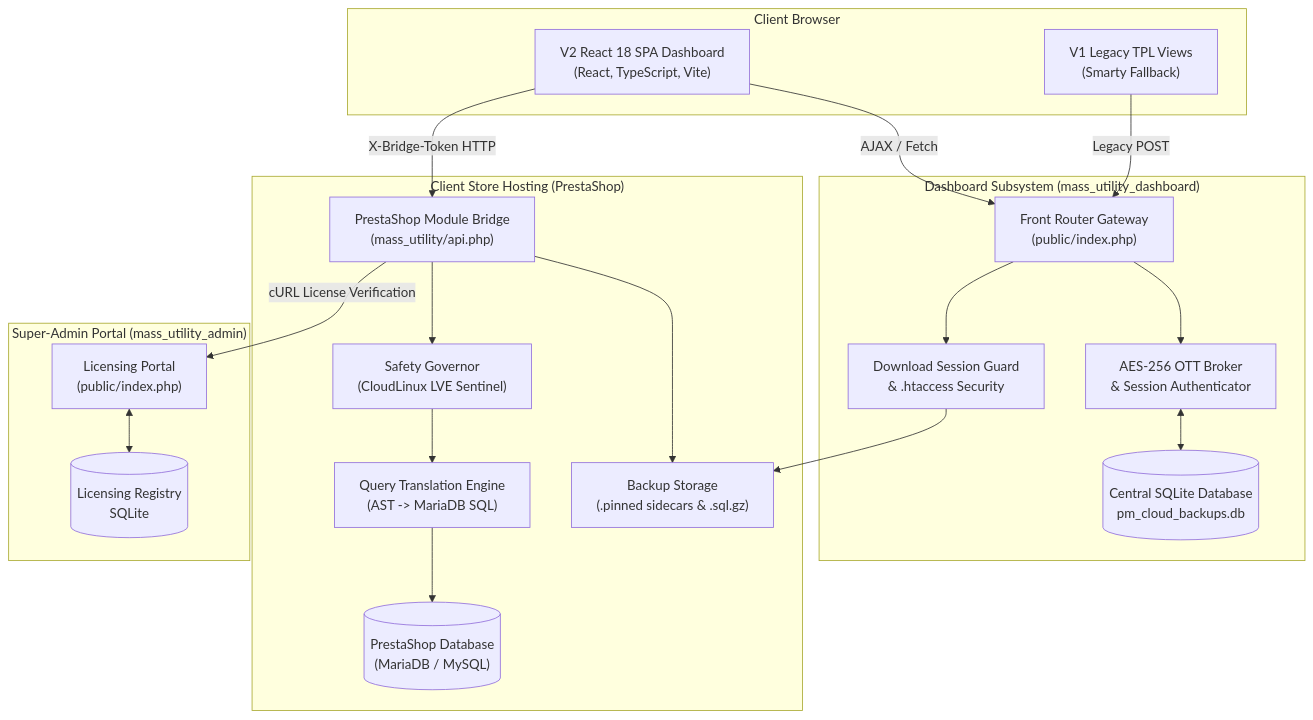
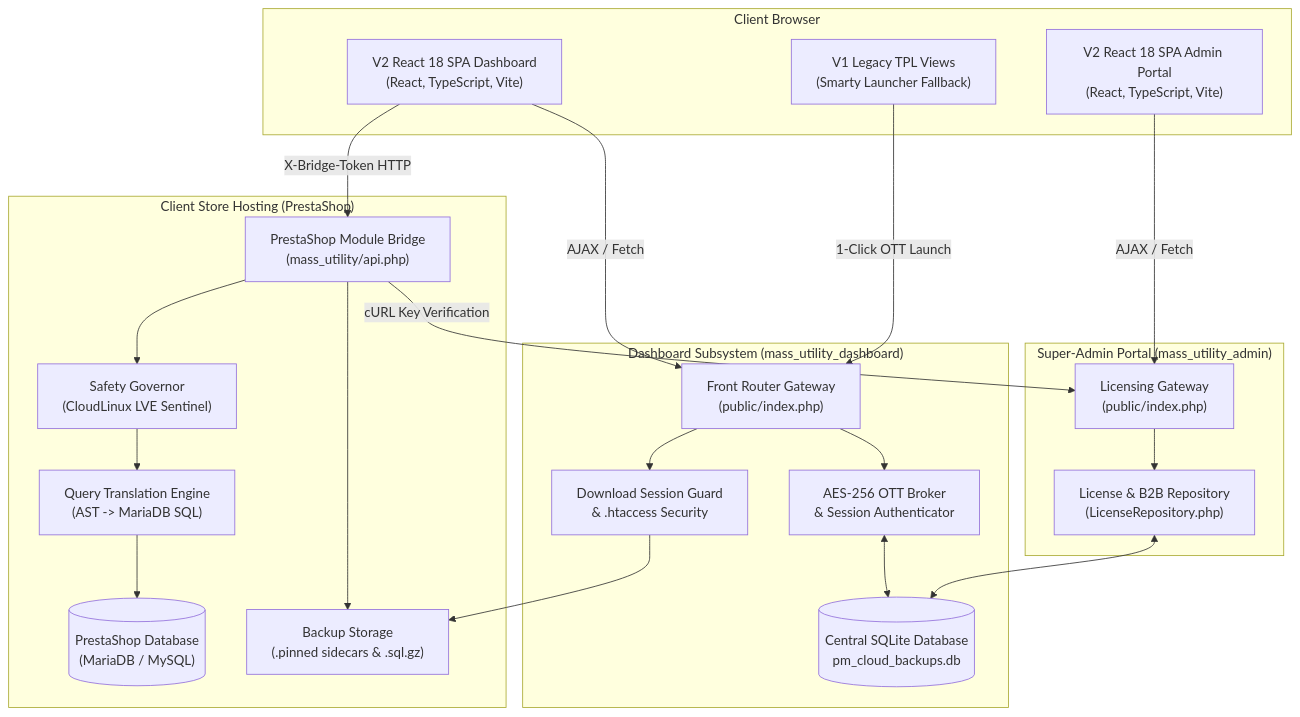
Before and after one commit to calin-m/Mass-Utility: the first of 3 diagrams in README.md, drawn with Mermaid. The commit also changed other lines of this file, not shown here.

````diff
--- a/README.md
+++ b/README.md
@@ -20,43 +20,46 @@
 ```mermaid
 graph TD
     subgraph Browser ["Client Browser"]
-        V2React["V2 React 18 SPA Dashboard<br/>(React, TypeScript, Vite)"]
-        V1Smarty["V1 Legacy TPL Views<br/>(Smarty Fallback)"]
+        V2DashboardReact["V2 React 18 SPA Dashboard<br/>(React, TypeScript, Vite)"]
+        V2AdminReact["V2 React 18 SPA Admin Portal<br/>(React, TypeScript, Vite)"]
+        V1Smarty["V1 Legacy TPL Views<br/>(Smarty Launcher Fallback)"]
     end
 
     subgraph DashboardServer ["Dashboard Subsystem (mass_utility_dashboard)"]
         FrontRouter["Front Router Gateway<br/>(public/index.php)"]
         OTTBroker["AES-256 OTT Broker<br/>& Session Authenticator"]
         SQLiteDB[("Central SQLite Database<br/>pm_cloud_backups.db")]
         DownloadGuard["Download Session Guard<br/>& .htaccess Security"]
     end
 
     subgraph ClientHosting ["Client Store Hosting (PrestaShop)"]
         BridgeAPI["PrestaShop Module Bridge<br/>(mass_utility/api.php)"]
         SafetyGovernor["Safety Governor<br/>(CloudLinux LVE Sentinel)"]
         ASTCompiler["Query Translation Engine<br/>(AST -> MariaDB SQL)"]
         MariaDB[("PrestaShop Database<br/>(MariaDB / MySQL)")]
         SidecarStorage["Backup Storage<br/>(.pinned sidecars & .sql.gz)"]
     end
 
     subgraph LicensingServer ["Super-Admin Portal (mass_utility_admin)"]
-        LicenseAdmin["Licensing Portal<br/>(public/index.php)"]
-        LicenseDB[("Licensing Registry<br/>SQLite")]
+        LicenseAdmin["Licensing Gateway<br/>(public/index.php)"]
+        LicenseRepo["License & B2B Repository<br/>(LicenseRepository.php)"]
     end
 
-    V2React -->|AJAX / Fetch| FrontRouter
-    V1Smarty -->|Legacy POST| FrontRouter
+    V2DashboardReact -->|AJAX / Fetch| FrontRouter
+    V2AdminReact -->|AJAX / Fetch| LicenseAdmin
+    V1Smarty -->|1-Click OTT Launch| FrontRouter
     FrontRouter --> OTTBroker
     OTTBroker <--> SQLiteDB
     FrontRouter --> DownloadGuard
     DownloadGuard --> SidecarStorage
 
-    V2React -->|X-Bridge-Token HTTP| BridgeAPI
+    V2DashboardReact -->|X-Bridge-Token HTTP| BridgeAPI
     BridgeAPI --> SafetyGovernor
     SafetyGovernor --> ASTCompiler
     ASTCompiler --> MariaDB
     BridgeAPI --> SidecarStorage
 
-    BridgeAPI -->|cURL License Verification| LicenseAdmin
-    LicenseAdmin <--> LicenseDB
+    BridgeAPI -->|cURL Key Verification| LicenseAdmin
+    LicenseAdmin --> LicenseRepo
+    LicenseRepo <--> SQLiteDB
 ```
````
